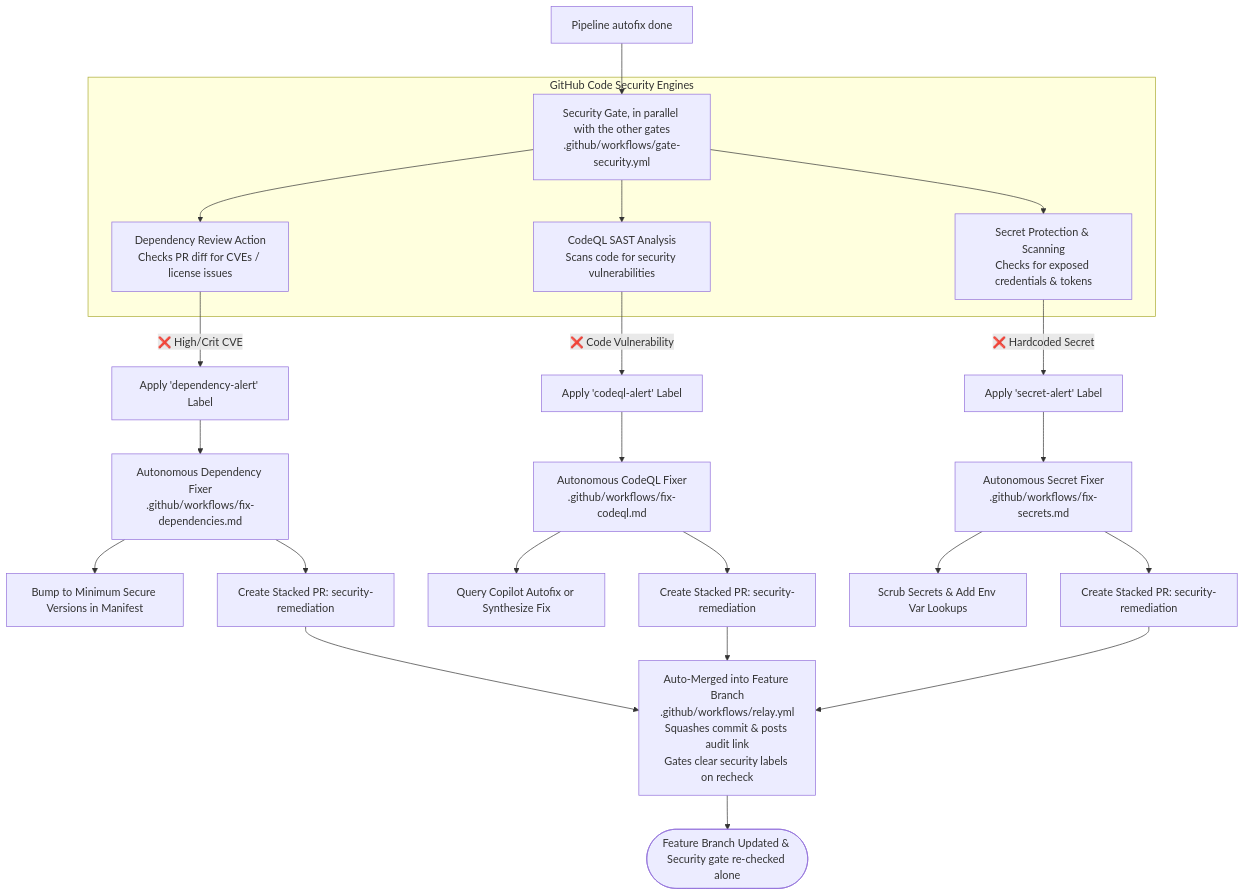
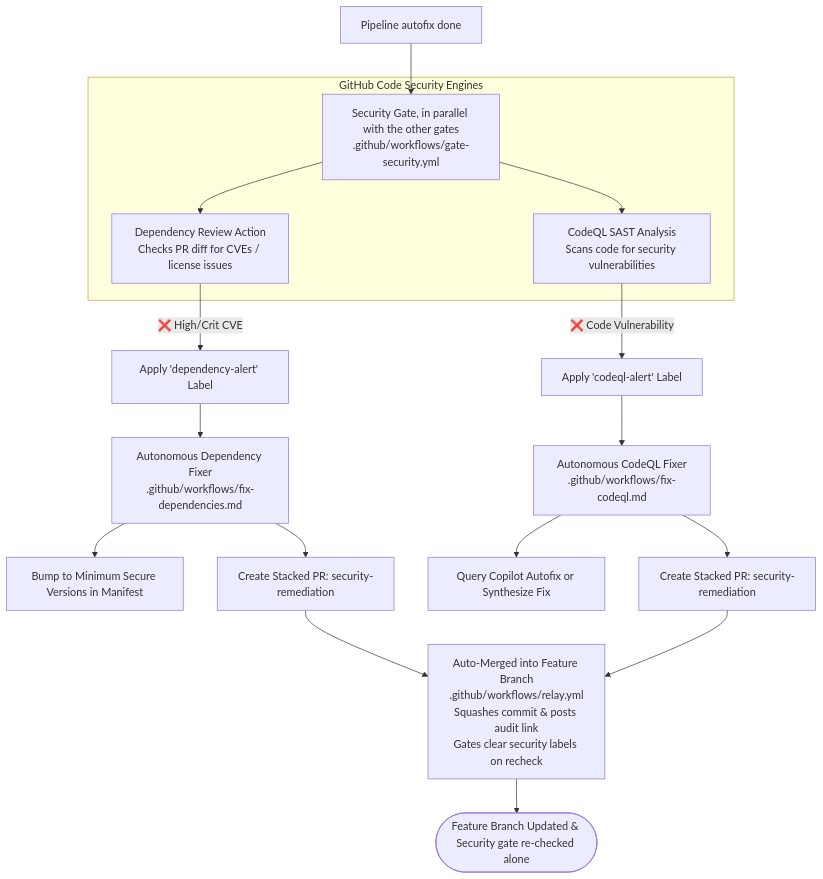
One commit to SitoaderOrg/ForgeFlow changed the diagram in docs/security.md. Above: the diagram before and after it, drawn with Mermaid. The commit also changed other lines of this file and 5 other files, not shown here.

First line of the commit message:
chore(ci): remove unused secret-alert and security-alert labels

````diff
--- a/docs/security.md
+++ b/docs/security.md
@@ -9,30 +9,24 @@
 ```mermaid
 flowchart TD
     BuildPass[Pipeline autofix done] --> SecGate[Security Gate, in parallel with the other gates\n.github/workflows/gate-security.yml]
     
     subgraph GitHub_Code_Security [GitHub Code Security Engines]
         SecGate --> DepReview[Dependency Review Action\nChecks PR diff for CVEs / license issues]
         SecGate --> CodeQL[CodeQL SAST Analysis\nScans code for security vulnerabilities]
-        SecGate --> SecScan[Secret Protection & Scanning\nChecks for exposed credentials & tokens]
     end
 
     DepReview -->|❌ High/Crit CVE| AddDepLabel[Apply 'dependency-alert' Label]
     CodeQL -->|❌ Code Vulnerability| AddCodeqlLabel[Apply 'codeql-alert' Label]
-    SecScan -->|❌ Hardcoded Secret| AddSecretLabel[Apply 'secret-alert' Label]
 
     AddDepLabel --> DepFixer[Autonomous Dependency Fixer\n.github/workflows/fix-dependencies.md]
     DepFixer --> BumpDep[Bump to Minimum Secure Versions in Manifest]
     DepFixer --> StackedPRDep[Create Stacked PR: security-remediation]
 
     AddCodeqlLabel --> CodeqlFixer[Autonomous CodeQL Fixer\n.github/workflows/fix-codeql.md]
     CodeqlFixer --> AutofixCheck[Query Copilot Autofix or Synthesize Fix]
     CodeqlFixer --> StackedPRCodeql[Create Stacked PR: security-remediation]
 
-    AddSecretLabel --> SecretFixer[Autonomous Secret Fixer\n.github/workflows/fix-secrets.md]
-    SecretFixer --> ScrubSecret[Scrub Secrets & Add Env Var Lookups]
-    SecretFixer --> StackedPRSecret[Create Stacked PR: security-remediation]
-
-    StackedPRDep & StackedPRCodeql & StackedPRSecret --> AutoMerge[Auto-Merged into Feature Branch\n.github/workflows/relay.yml\nSquashes commit & posts audit link\nGates clear security labels on recheck]
+    StackedPRDep & StackedPRCodeql --> AutoMerge[Auto-Merged into Feature Branch\n.github/workflows/relay.yml\nSquashes commit & posts audit link\nGates clear security labels on recheck]
 
     AutoMerge --> Recheck([Feature Branch Updated & Security gate re-checked alone])
 ```
````
